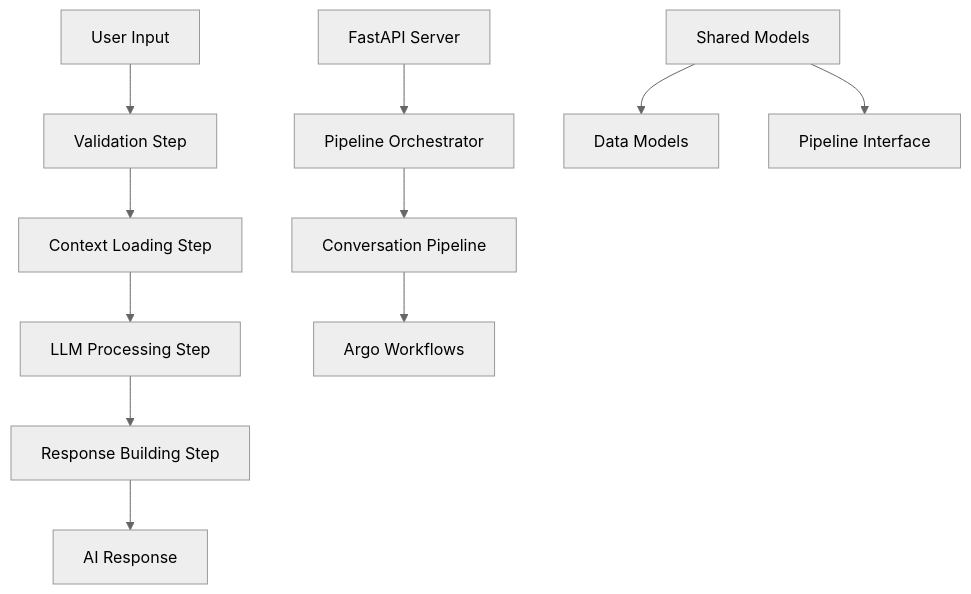
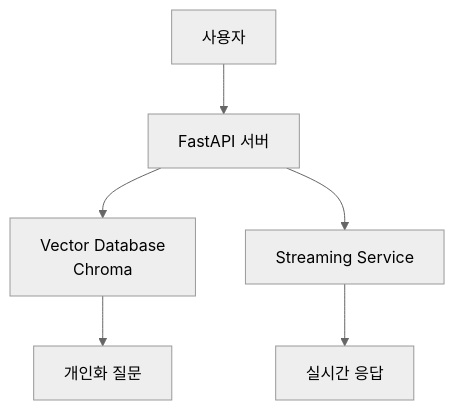
Before and after one commit to 1half-kr/life-bookshelf-ai-v2: the diagram in README.md, drawn with Mermaid (neutral theme). The commit also changed other lines of this file and 19 other files, not shown here.

First line of the commit message:
refactor: complete architecture overhaul - Vector DB + Streaming focus

````diff
--- a/README.md
+++ b/README.md
@@ -7,15 +19,9 @@
 ```mermaid
-graph TD
-    A[User Input] --> B[Validation Step]
-    B --> C[Context Loading Step]
-    C --> D[LLM Processing Step]
-    D --> E[Response Building Step]
-    E --> F[AI Response]
+graph TB
+    A[사용자] --> B[FastAPI 서버]
+    B --> C[Vector Database<br/>Chroma]
+    B --> D[Streaming Service]
     
-    G[FastAPI Server] --> H[Pipeline Orchestrator]
-    H --> I[Conversation Pipeline]
-    I --> J[Argo Workflows]
-    
-    K[Shared Models] --> L[Data Models]
-    K --> M[Pipeline Interface]
+    C --> E[개인화 질문]
+    D --> F[실시간 응답]
 ```
````
